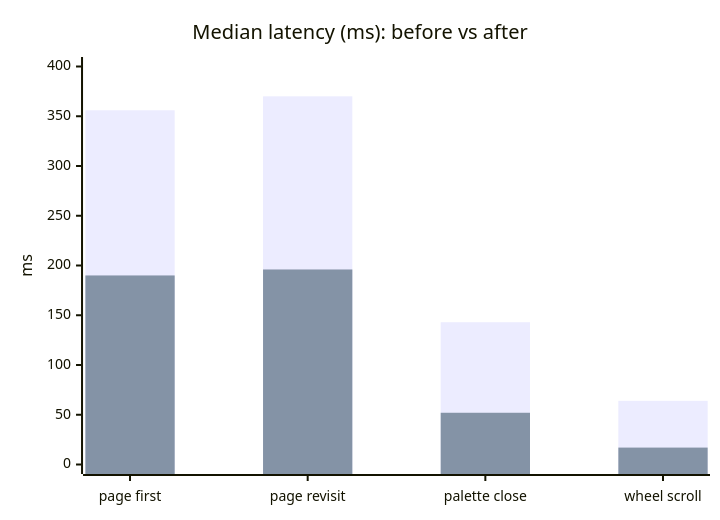
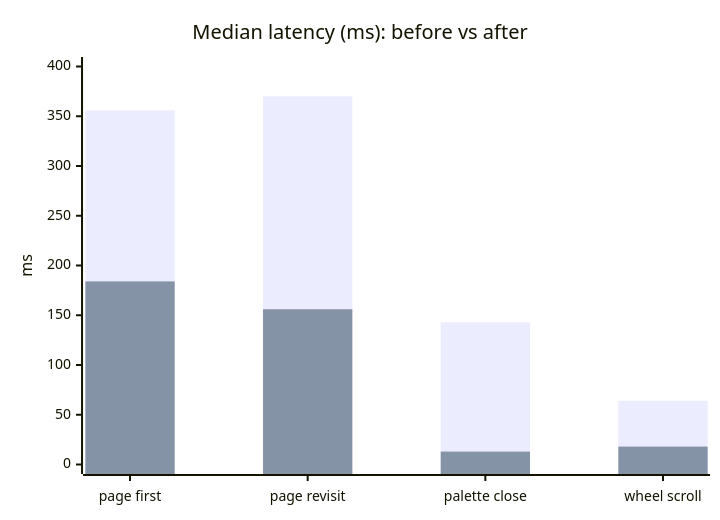
The first of 6 diagrams in docs/design/performance-journey.md (DinosaursAreCute/DinosAmazingBashTui), drawn with Mermaid before and after one commit. The commit also changed other lines of this file and 87 other files, not shown here.

````diff
--- a/docs/design/performance-journey.md
+++ b/docs/design/performance-journey.md
@@ -24,8 +25,8 @@
 ```mermaid
 xychart-beta
     title "Median latency (ms): before vs after"
     x-axis ["page first", "page revisit", "palette close", "wheel scroll"]
     y-axis "ms" 0 --> 400
     bar [356, 370, 143, 64]
-    bar [190, 196, 52, 17]
+    bar [184, 156, 13, 18]
 ```
````
